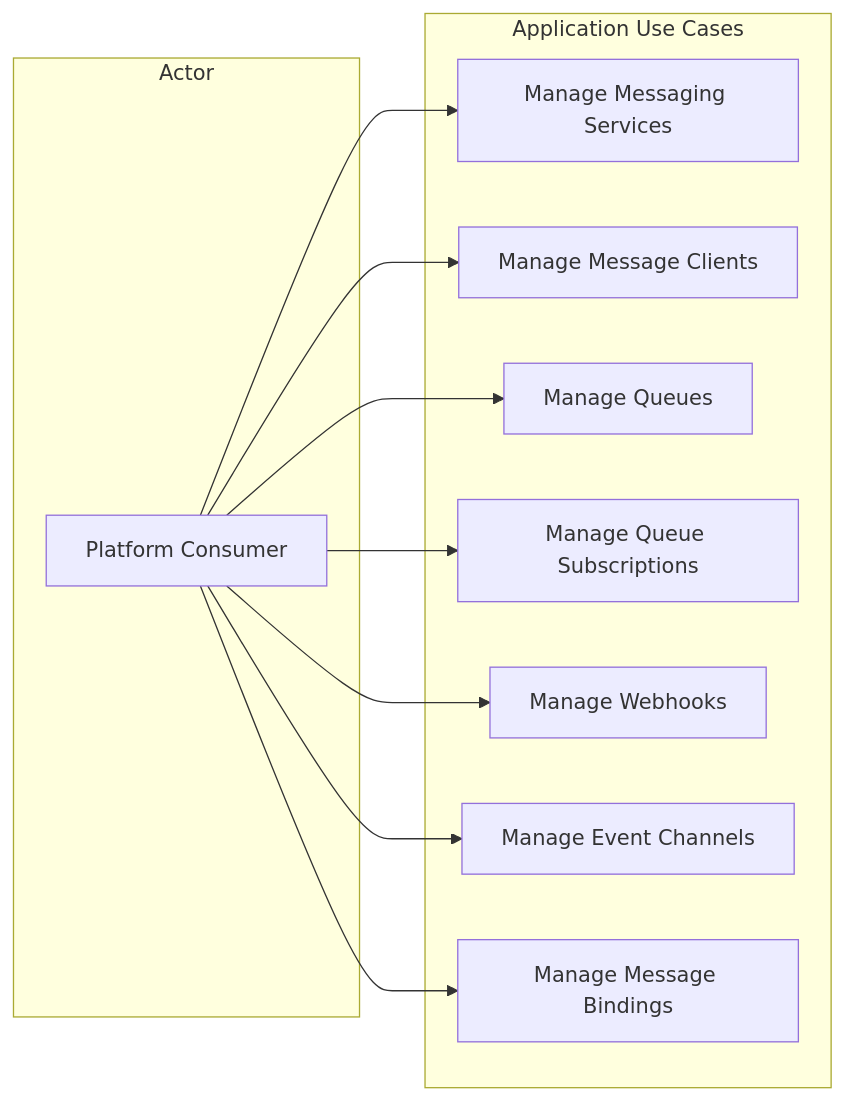
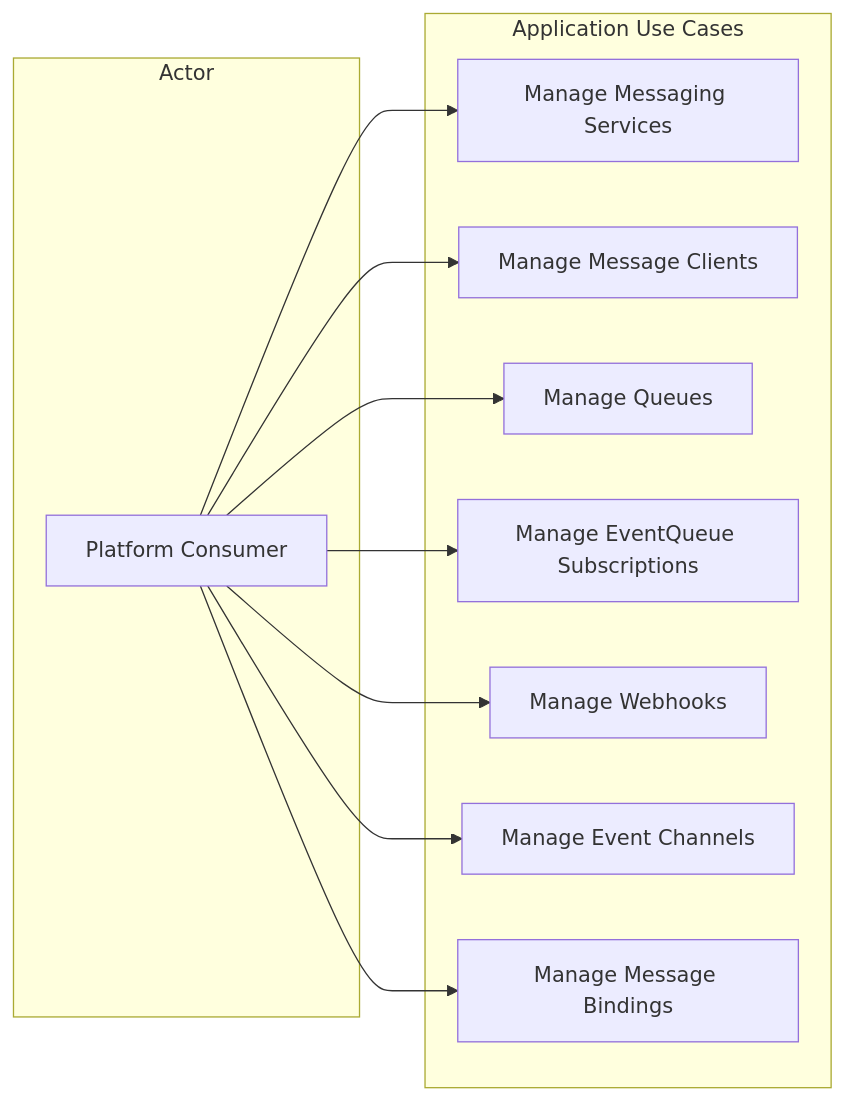
Before and after one commit to UIMSolutions/uim-platform: the third of 6 diagrams in events/UML.md, drawn with Mermaid. The commit also changed other lines of this file and 69 other files, not shown here.

````diff
--- a/events/UML.md
+++ b/events/UML.md
@@ -163,22 +163,22 @@
 ```mermaid
 flowchart LR
     subgraph Actor
         A[Platform Consumer]
     end
     subgraph UseCases["Application Use Cases"]
         UC1[Manage Messaging Services]
         UC2[Manage Message Clients]
         UC3[Manage Queues]
-        UC4[Manage Queue Subscriptions]
+        UC4[Manage EventQueue Subscriptions]
         UC5[Manage Webhooks]
         UC6[Manage Event Channels]
         UC7[Manage Message Bindings]
     end
     A --> UC1
     A --> UC2
     A --> UC3
     A --> UC4
     A --> UC5
     A --> UC6
     A --> UC7
 ```
````
